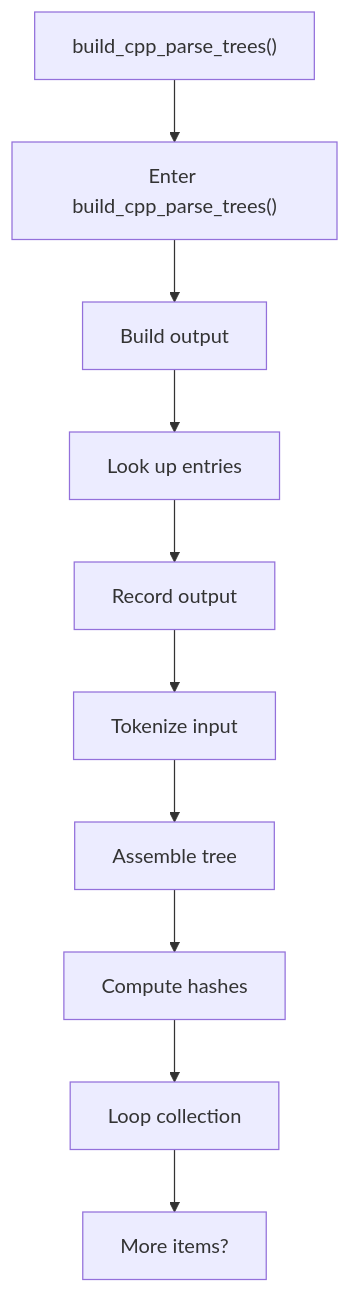
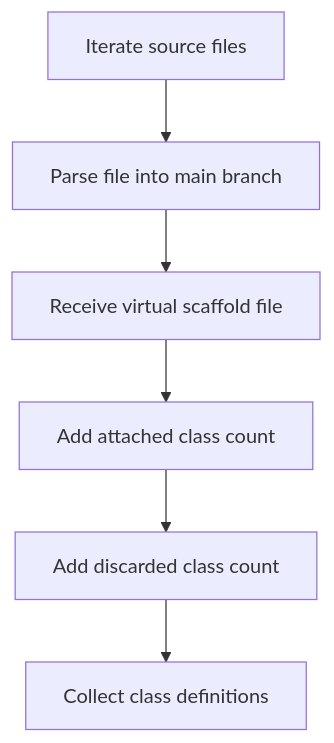
One commit to JohnAndrewBalbarosa/NeoTerritory changed the fifth of 9 diagrams in docs/Codebase/Microservice/Modules/Source/Trees/ClassGeneration/Actual/core.cpp.md. Above: the diagram before and after it, drawn with Mermaid. The commit also changed other lines of this file and 915 other files, not shown here.

````diff
--- a/docs/Codebase/Microservice/Modules/Source/Trees/ClassGeneration/Actual/core.cpp.md
+++ b/docs/Codebase/Microservice/Modules/Source/Trees/ClassGeneration/Actual/core.cpp.md
@@ -193,22 +85,10 @@
 ```mermaid
 flowchart TD
-    N0["build_cpp_parse_trees()"]
-    N1["Enter build_cpp_parse_trees()"]
-    N2["Build output"]
-    N3["Look up entries"]
-    N4["Record output"]
-    N5["Tokenize input"]
-    N6["Assemble tree"]
-    N7["Compute hashes"]
-    N8["Loop collection"]
-    N9["More items?"]
-    N0 --> N1
-    N1 --> N2
-    N2 --> N3
-    N3 --> N4
-    N4 --> N5
-    N5 --> N6
-    N6 --> N7
-    N7 --> N8
-    N8 --> N9
+    N0["Iterate source files"]
+    N1["Parse file into main branch"]
+    N2["Receive virtual scaffold file"]
+    N3["Add attached class count"]
+    N4["Add discarded class count"]
+    N5["Collect class definitions"]
+    N0 --> N1 --> N2 --> N3 --> N4 --> N5
 ```
````
